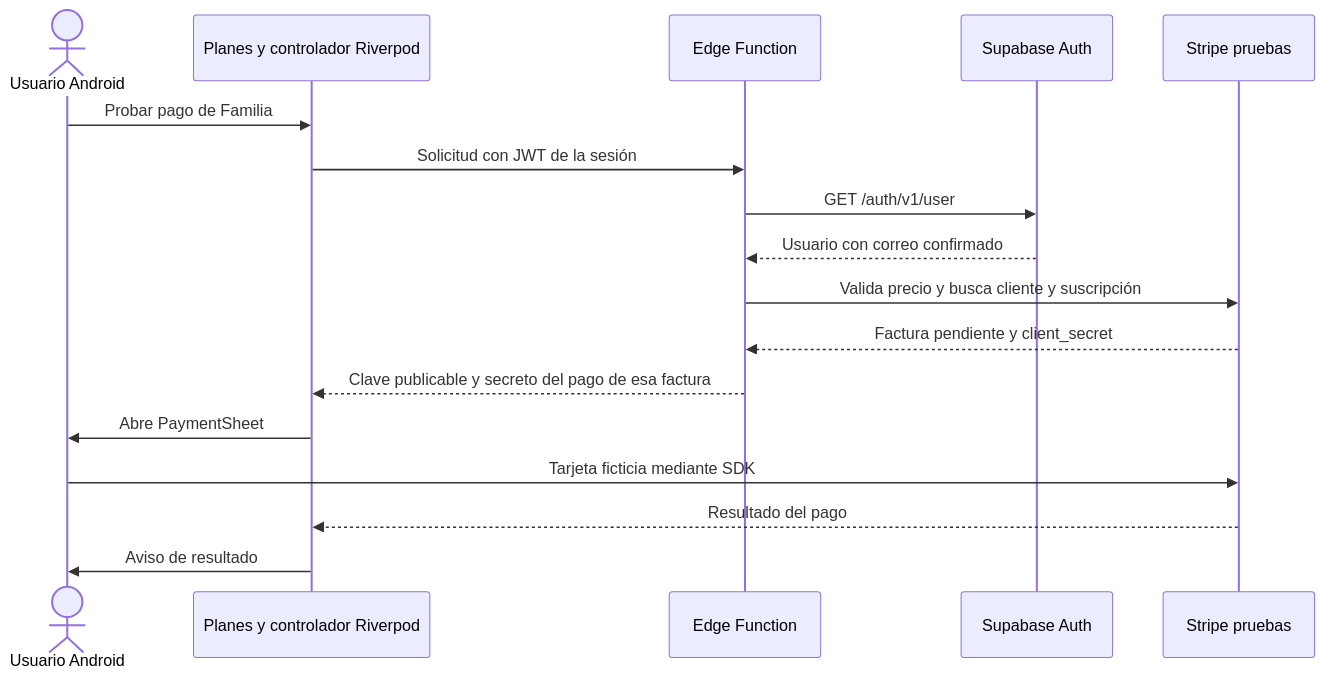
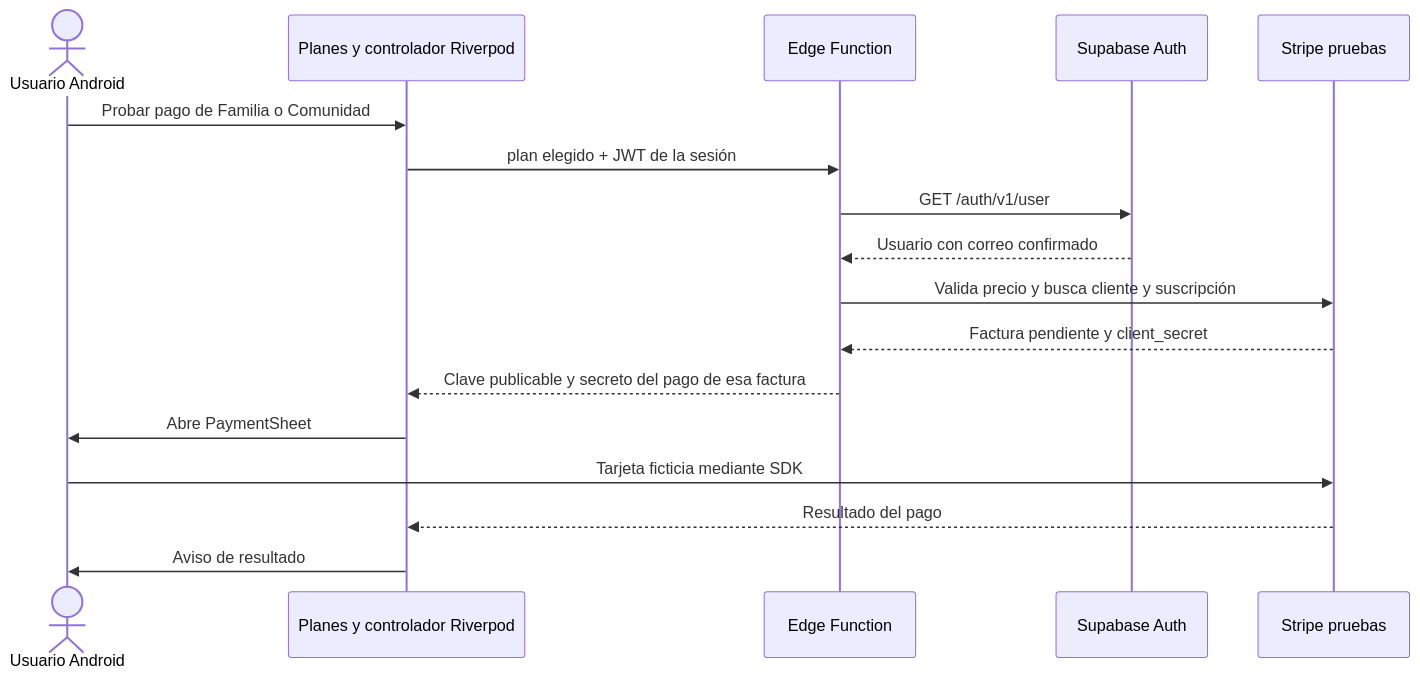
Diagram 11 of 11 in docs/MANUAL.md (EMSiiU/casa_en_juego), drawn with Mermaid before and after one commit. The commit also changed other lines of this file and 11 other files, not shown here.

````diff
--- a/docs/MANUAL.md
+++ b/docs/MANUAL.md
@@ -933,19 +967,19 @@
 ```mermaid
 sequenceDiagram
     actor U as Usuario Android
     participant A as Planes y controlador Riverpod
     participant F as Edge Function
     participant Auth as Supabase Auth
     participant S as Stripe pruebas
-    U->>A: Probar pago de Familia
-    A->>F: Solicitud con JWT de la sesión
+    U->>A: Probar pago de Familia o Comunidad
+    A->>F: plan elegido + JWT de la sesión
     F->>Auth: GET /auth/v1/user
     Auth-->>F: Usuario con correo confirmado
     F->>S: Valida precio y busca cliente y suscripción
     S-->>F: Factura pendiente y client_secret
     F-->>A: Clave publicable y secreto del pago de esa factura
     A->>U: Abre PaymentSheet
     U->>S: Tarjeta ficticia mediante SDK
     S-->>A: Resultado del pago
     A->>U: Aviso de resultado
 ```
````
